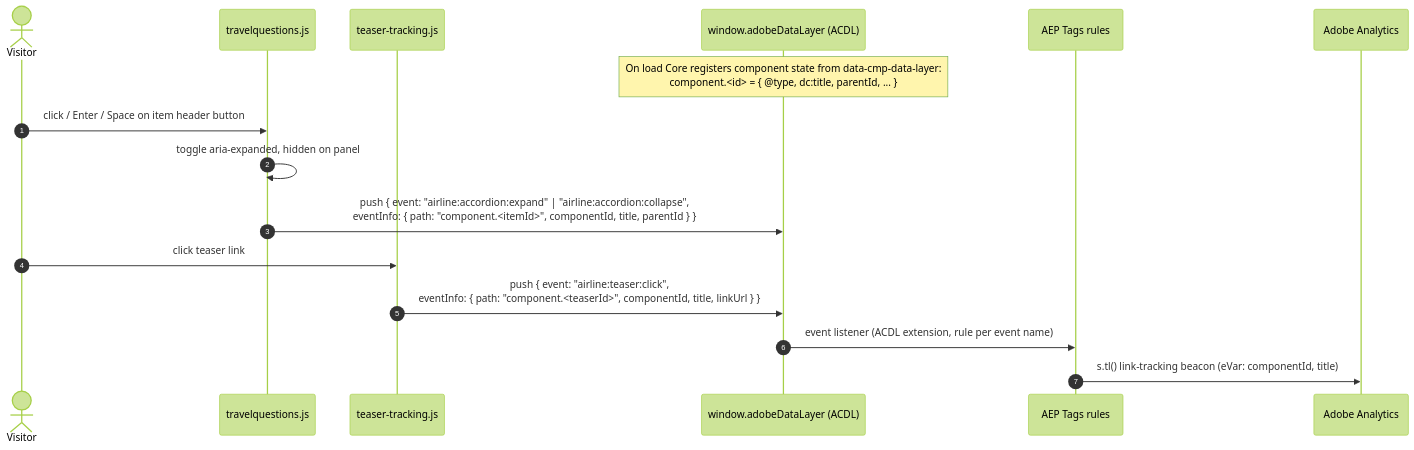
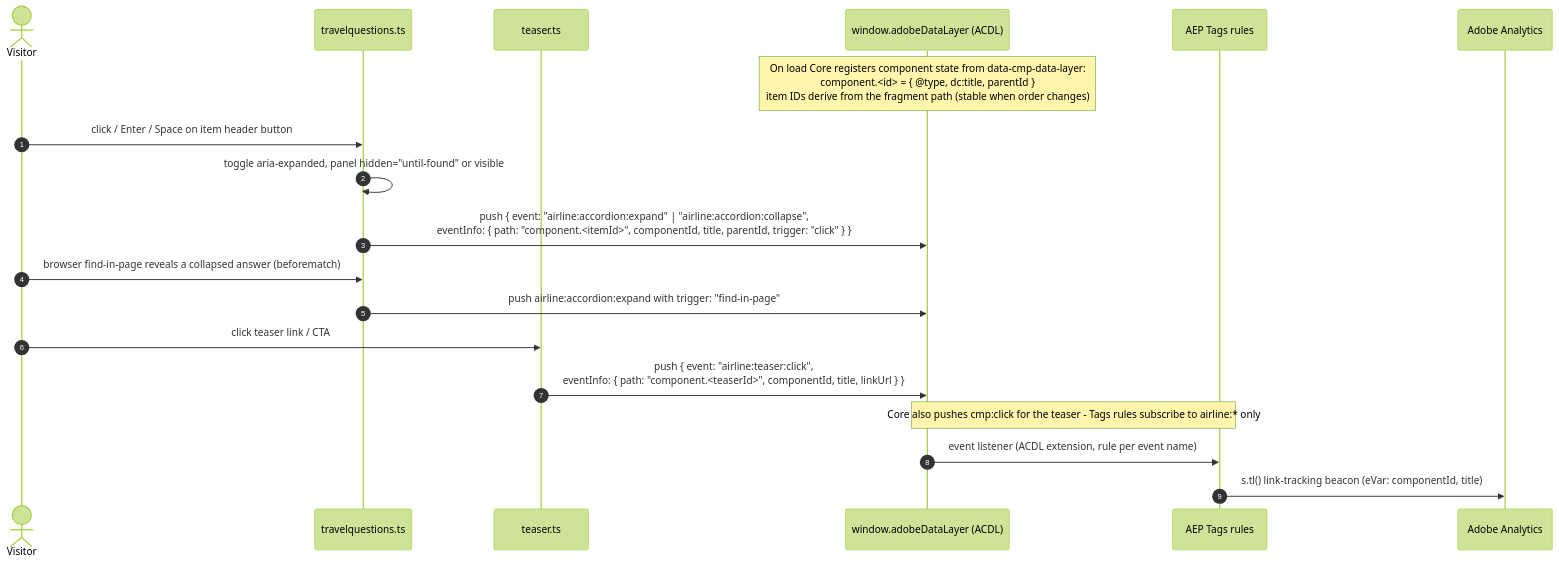
Before and after one commit to herculiank2-prime/airline-infants-children: the fourth of 8 diagrams in docs/02-design.md, drawn with Mermaid (forest theme). The commit also changed other lines of this file and 35 other files, not shown here.

First line of the commit message:
docs: architect review, review resolution and design v1.1

````diff
--- a/docs/02-design.md
+++ b/docs/02-design.md
@@ -164,20 +170,23 @@
 ```mermaid
 %% DL-01 / I-06 - Adobe Client Data Layer event contract.
 sequenceDiagram
     autonumber
     actor U as Visitor
-    participant ACC as travelquestions.js
-    participant TSR as teaser-tracking.js
+    participant ACC as travelquestions.ts
+    participant TSR as teaser.ts
     participant DL as window.adobeDataLayer (ACDL)
     participant TAGS as AEP Tags rules
     participant AA as Adobe Analytics
 
-    Note over DL: On load Core registers component state from data-cmp-data-layer:<br/>component.<id> = { @type, dc:title, parentId, ... }
+    Note over DL: On load Core registers component state from data-cmp-data-layer:<br/>component.<id> = { @type, dc:title, parentId }<br/>item IDs derive from the fragment path (stable when order changes)
     U->>ACC: click / Enter / Space on item header button
-    ACC->>ACC: toggle aria-expanded, hidden on panel
-    ACC->>DL: push { event: "airline:accordion:expand" | "airline:accordion:collapse",<br/>eventInfo: { path: "component.<itemId>", componentId, title, parentId } }
-    U->>TSR: click teaser link
+    ACC->>ACC: toggle aria-expanded, panel hidden="until-found" or visible
+    ACC->>DL: push { event: "airline:accordion:expand" | "airline:accordion:collapse",<br/>eventInfo: { path: "component.<itemId>", componentId, title, parentId, trigger: "click" } }
+    U->>ACC: browser find-in-page reveals a collapsed answer (beforematch)
+    ACC->>DL: push airline:accordion:expand with trigger: "find-in-page"
+    U->>TSR: click teaser link / CTA
     TSR->>DL: push { event: "airline:teaser:click",<br/>eventInfo: { path: "component.<teaserId>", componentId, title, linkUrl } }
+    Note over DL,TAGS: Core also pushes cmp:click for the teaser - Tags rules subscribe to airline:* only
     DL->>TAGS: event listener (ACDL extension, rule per event name)
     TAGS->>AA: s.tl() link-tracking beacon (eVar: componentId, title)
 ```
````
